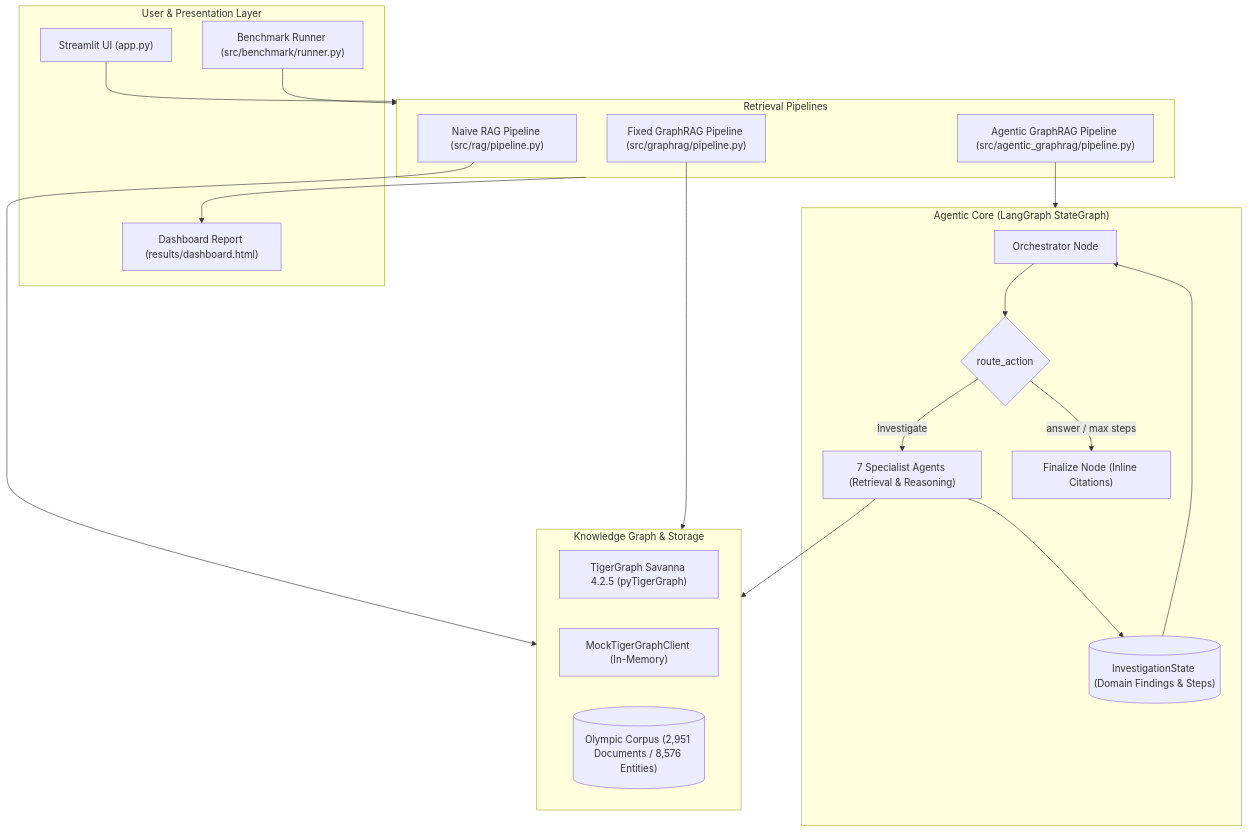
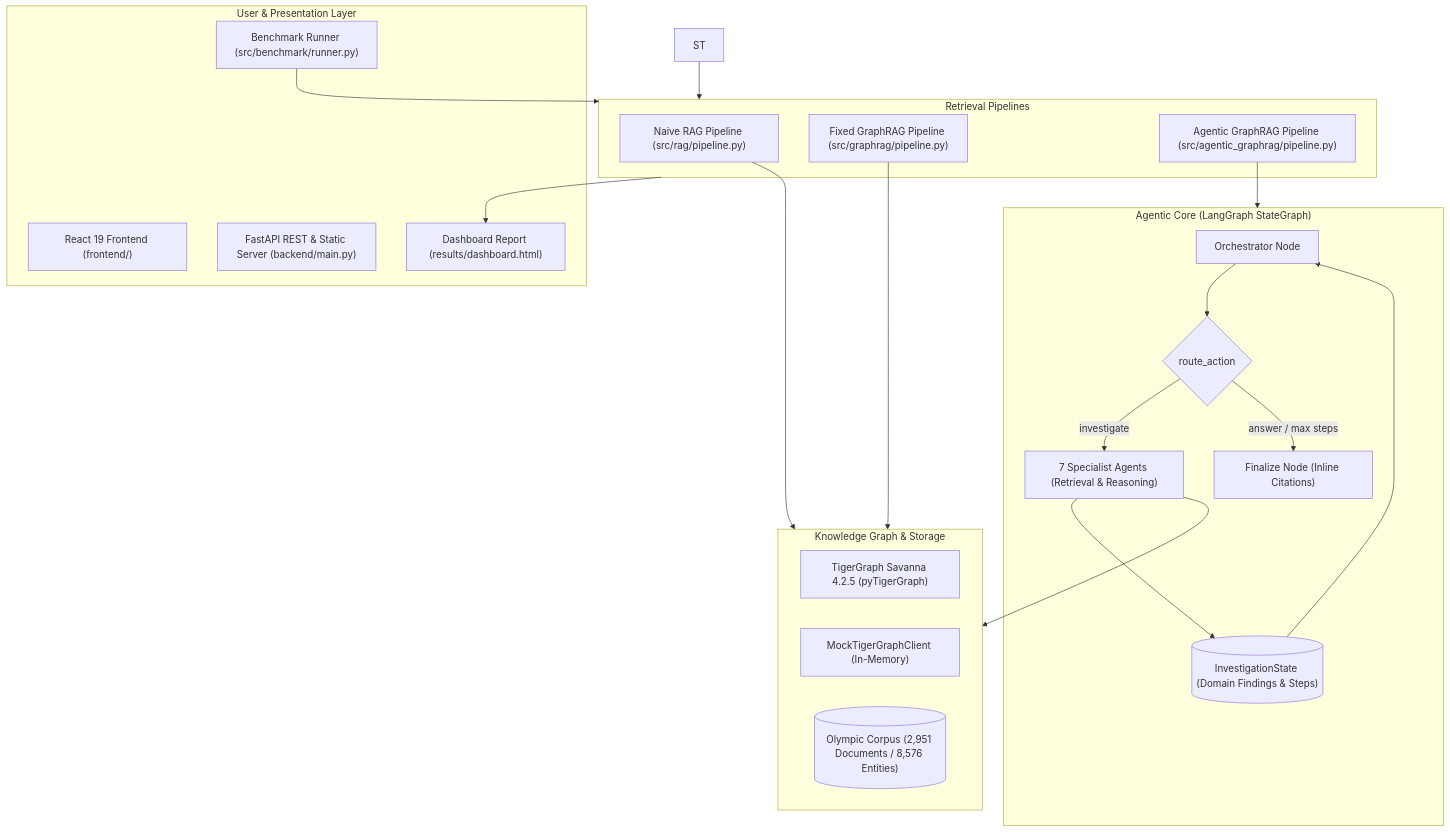
One commit to Soujanya-Mctrl/Agentic_graphrag changed the diagram in README.md. Above: the diagram before and after it, drawn with Mermaid. The commit also changed other lines of this file and 10 other files, not shown here.

````diff
--- a/README.md
+++ b/README.md
@@ -54,43 +52,44 @@
 ```mermaid
 flowchart TD
     subgraph UI ["User & Presentation Layer"]
-        ST["Streamlit UI (app.py)"]
+        REACT["React 19 Frontend (frontend/)"]
+        API["FastAPI REST & Static Server (backend/main.py)"]
         CLI["Benchmark Runner (src/benchmark/runner.py)"]
         HTML["Dashboard Report (results/dashboard.html)"]
     end
 
     subgraph Pipelines ["Retrieval Pipelines"]
         RAG["Naive RAG Pipeline (src/rag/pipeline.py)"]
         GRAG["Fixed GraphRAG Pipeline (src/graphrag/pipeline.py)"]
         AGRAG["Agentic GraphRAG Pipeline (src/agentic_graphrag/pipeline.py)"]
     end
 
     subgraph AgentCore ["Agentic Core (LangGraph StateGraph)"]
         ORCH["Orchestrator Node"]
         ROUTER{"route_action"}
         SPEC["7 Specialist Agents (Retrieval & Reasoning)"]
         FIN["Finalize Node (Inline Citations)"]
         STATE[("InvestigationState (Domain Findings & Steps)")]
     end
 
     subgraph DataInfra ["Knowledge Graph & Storage"]
         TG["TigerGraph Savanna 4.2.5 (pyTigerGraph)"]
         MOCK["MockTigerGraphClient (In-Memory)"]
         CORPUS[("Olympic Corpus (2,951 Documents / 8,576 Entities)")]
     end
 
     ST --> Pipelines
     CLI --> Pipelines
     Pipelines --> HTML
 
     AGRAG --> AgentCore
     ORCH --> ROUTER
     ROUTER -->|investigate| SPEC
     ROUTER -->|answer / max steps| FIN
     SPEC --> STATE
     STATE --> ORCH
 
     RAG --> DataInfra
     GRAG --> DataInfra
     SPEC --> DataInfra
 ```
````
